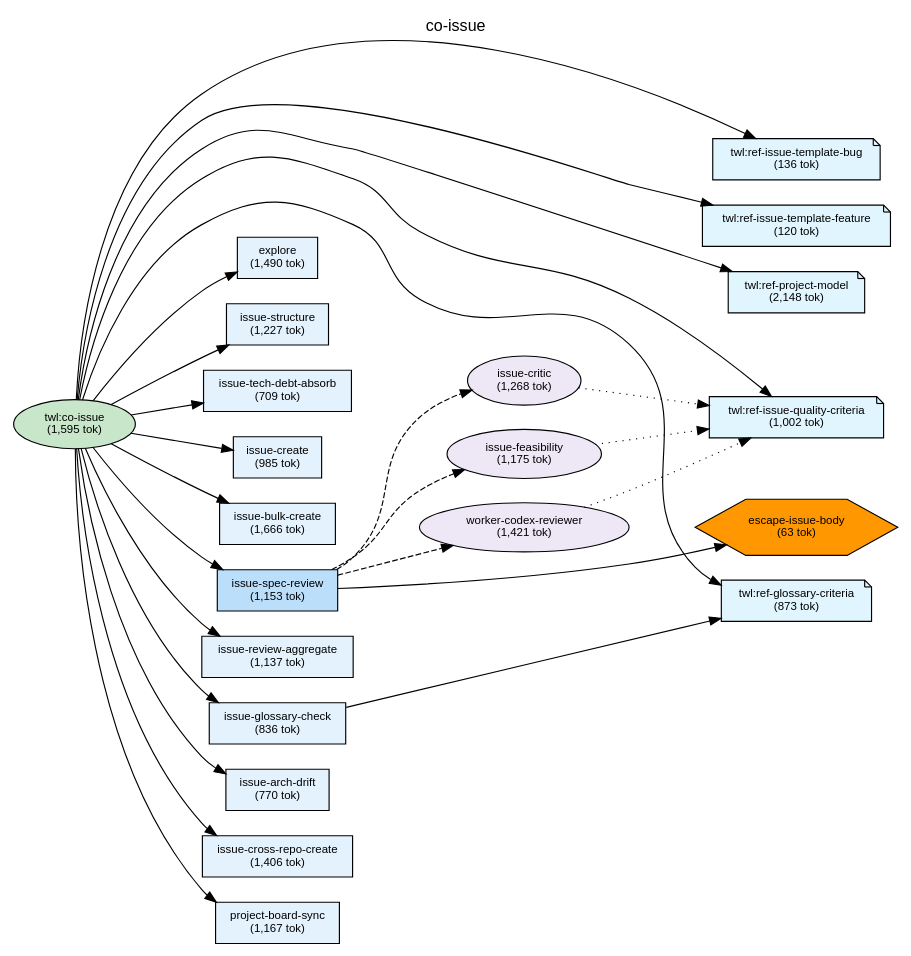
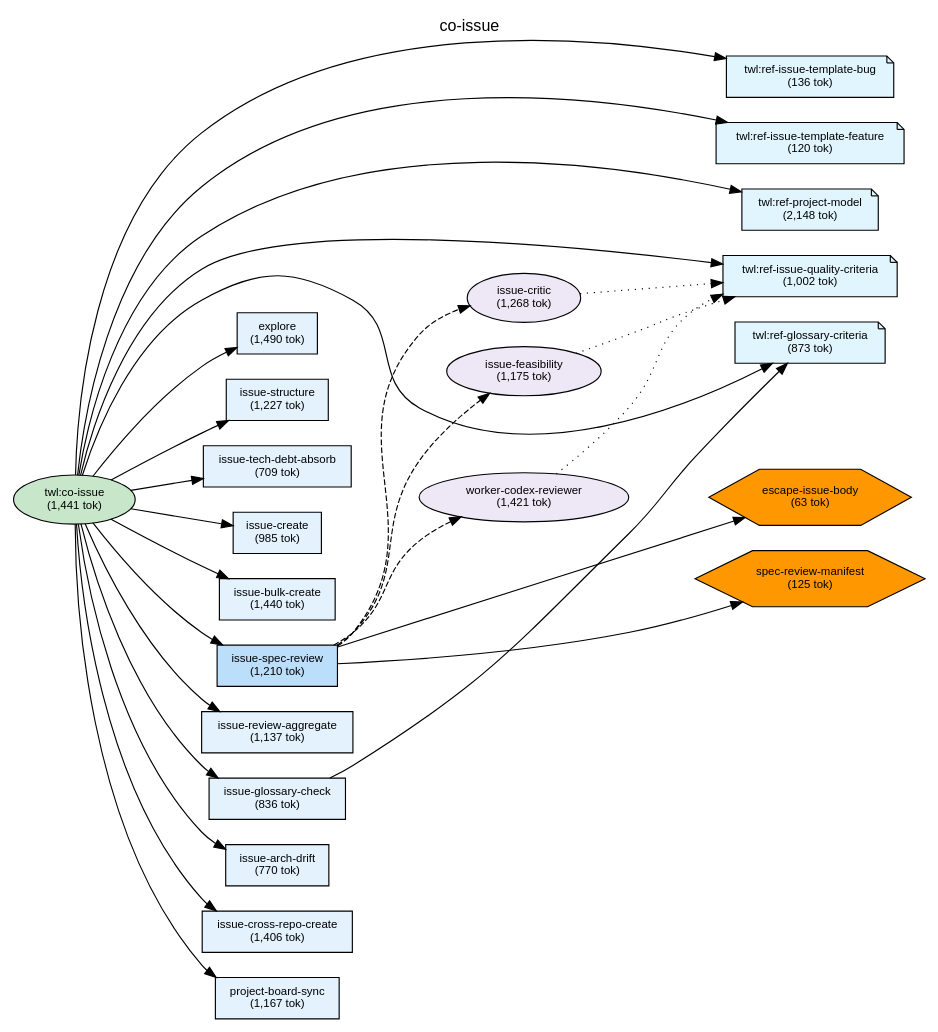
One commit to shuu5/twill changed the diagram in plugins/twl/docs/deps-co-issue.dot. Above: the diagram before and after it, drawn with Graphviz. The commit also changed 29 other files, not shown here.

```diff
--- a/plugins/twl/docs/deps-co-issue.dot
+++ b/plugins/twl/docs/deps-co-issue.dot
@@ -1,105 +1,108 @@
 digraph Dependencies {
     // Graph settings
     rankdir=LR;
     ranksep=0.8;
     nodesep=0.3;
     fontname="Helvetica";
     node [fontname="Helvetica", fontsize=10];
     edge [fontname="Helvetica", fontsize=9];
     label="co-issue";
     labelloc=t;
     fontsize=14;
 
     // L0: Controller Skills
-    skill_co_issue [label="twl:co-issue\n(1,595 tok)", shape=ellipse, style=filled, fillcolor="#c8e6c9"];
+    skill_co_issue [label="twl:co-issue\n(1,441 tok)", shape=ellipse, style=filled, fillcolor="#c8e6c9"];
 
     // L0: Launchers
 
     // L0.5: Workflow Skills
 
     // Reference Skills
     skill_ref_issue_template_bug [label="twl:ref-issue-template-bug\n(136 tok)", shape=note, style=filled, fillcolor="#e1f5fe"];
     skill_ref_issue_template_feature [label="twl:ref-issue-template-feature\n(120 tok)", shape=note, style=filled, fillcolor="#e1f5fe"];
     skill_ref_project_model [label="twl:ref-project-model\n(2,148 tok)", shape=note, style=filled, fillcolor="#e1f5fe"];
     skill_ref_issue_quality_criteria [label="twl:ref-issue-quality-criteria\n(1,002 tok)", shape=note, style=filled, fillcolor="#e1f5fe"];
     skill_ref_glossary_criteria [label="twl:ref-glossary-criteria\n(873 tok)", shape=note, style=filled, fillcolor="#e1f5fe"];
 
     // L1: Direct Commands
     cmd_issue_structure [label="issue-structure\n(1,227 tok)", shape=box, style=filled, fillcolor="#e3f2fd"];
     cmd_issue_create [label="issue-create\n(985 tok)", shape=box, style=filled, fillcolor="#e3f2fd"];
-    cmd_issue_bulk_create [label="issue-bulk-create\n(1,666 tok)", shape=box, style=filled, fillcolor="#e3f2fd"];
+    cmd_issue_bulk_create [label="issue-bulk-create\n(1,440 tok)", shape=box, style=filled, fillcolor="#e3f2fd"];
     cmd_issue_tech_debt_absorb [label="issue-tech-debt-absorb\n(709 tok)", shape=box, style=filled, fillcolor="#e3f2fd"];
-    cmd_issue_spec_review [label="issue-spec-review\n(1,153 tok)", shape=box, style=filled, fillcolor="#bbdefb"];
+    cmd_issue_spec_review [label="issue-spec-review\n(1,210 tok)", shape=box, style=filled, fillcolor="#bbdefb"];
     cmd_issue_review_aggregate [label="issue-review-aggregate\n(1,137 tok)", shape=box, style=filled, fillcolor="#e3f2fd"];
     cmd_issue_glossary_check [label="issue-glossary-check\n(836 tok)", shape=box, style=filled, fillcolor="#e3f2fd"];
     cmd_issue_arch_drift [label="issue-arch-drift\n(770 tok)", shape=box, style=filled, fillcolor="#e3f2fd"];
     cmd_issue_cross_repo_create [label="issue-cross-repo-create\n(1,406 tok)", shape=box, style=filled, fillcolor="#e3f2fd"];
     cmd_project_board_sync [label="project-board-sync\n(1,167 tok)", shape=box, style=filled, fillcolor="#e3f2fd"];
     cmd_explore [label="explore\n(1,490 tok)", shape=box, style=filled, fillcolor="#e3f2fd"];
 
     // L2: Sub Commands
 
     // L3: Agents
     agent_issue_critic [label="issue-critic\n(1,268 tok)", shape=ellipse, style=filled, fillcolor="#ede7f6"];
     agent_issue_feasibility [label="issue-feasibility\n(1,175 tok)", shape=ellipse, style=filled, fillcolor="#ede7f6"];
     agent_worker_codex_reviewer [label="worker-codex-reviewer\n(1,421 tok)", shape=ellipse, style=filled, fillcolor="#ede7f6"];
 
     // L3.5: Scripts
     script_escape_issue_body [label="escape-issue-body\n(63 tok)", shape=hexagon, style=filled, fillcolor="#FF9800"];
+    script_spec_review_manifest [label="spec-review-manifest\n(125 tok)", shape=hexagon, style=filled, fillcolor="#FF9800"];
 
     // L4: External
 
     // Layer constraints
     { rank=same; skill_co_issue; }
     { rank=same; skill_ref_issue_template_bug; skill_ref_issue_template_feature; skill_ref_project_model; skill_ref_issue_quality_criteria; skill_ref_glossary_criteria; }
     { rank=same; cmd_issue_structure; cmd_issue_create; cmd_issue_bulk_create; cmd_issue_tech_debt_absorb; cmd_issue_spec_review; cmd_issue_review_aggregate; cmd_issue_glossary_check; cmd_issue_arch_drift; cmd_issue_cross_repo_create; cmd_project_board_sync; cmd_explore; }
     { rank=same; agent_issue_critic; agent_issue_feasibility; agent_worker_codex_reviewer; }
-    { rank=same; script_escape_issue_body; }
+    { rank=same; script_escape_issue_body; script_spec_review_manifest; }
 
     // Edges
     skill_co_issue -> cmd_explore;
     skill_co_issue -> cmd_issue_structure;
     skill_co_issue -> cmd_issue_tech_debt_absorb;
     skill_co_issue -> cmd_issue_create;
     skill_co_issue -> cmd_issue_bulk_create;
     skill_co_issue -> cmd_issue_spec_review;
     skill_co_issue -> cmd_issue_review_aggregate;
     skill_co_issue -> cmd_issue_glossary_check;
     skill_co_issue -> cmd_issue_arch_drift;
     skill_co_issue -> cmd_issue_cross_repo_create;
     skill_co_issue -> cmd_project_board_sync;
     skill_co_issue -> skill_ref_issue_template_bug;
     skill_co_issue -> skill_ref_issue_template_feature;
     skill_co_issue -> skill_ref_project_model;
     skill_co_issue -> skill_ref_issue_quality_criteria;
     skill_co_issue -> skill_ref_glossary_criteria;
     cmd_issue_spec_review -> agent_issue_critic [style=dashed];
     cmd_issue_spec_review -> agent_issue_feasibility [style=dashed];
     cmd_issue_spec_review -> agent_worker_codex_reviewer [style=dashed];
     cmd_issue_spec_review -> script_escape_issue_body;
+    cmd_issue_spec_review -> script_spec_review_manifest;
     cmd_issue_glossary_check -> skill_ref_glossary_criteria;
     agent_issue_critic -> skill_ref_issue_quality_criteria [style=dotted];
     agent_issue_feasibility -> skill_ref_issue_quality_criteria [style=dotted];
     agent_worker_codex_reviewer -> skill_ref_issue_quality_criteria [style=dotted];
 
     // Ordering constraints (invisible edges)
     cmd_explore -> cmd_issue_structure [style=invis, weight=10];
     cmd_issue_structure -> cmd_issue_tech_debt_absorb [style=invis, weight=10];
     cmd_issue_tech_debt_absorb -> cmd_issue_create [style=invis, weight=10];
     cmd_issue_create -> cmd_issue_bulk_create [style=invis, weight=10];
     cmd_issue_bulk_create -> cmd_issue_spec_review [style=invis, weight=10];
     cmd_issue_spec_review -> cmd_issue_review_aggregate [style=invis, weight=10];
     cmd_issue_review_aggregate -> cmd_issue_glossary_check [style=invis, weight=10];
     cmd_issue_glossary_check -> cmd_issue_arch_drift [style=invis, weight=10];
     cmd_issue_arch_drift -> cmd_issue_cross_repo_create [style=invis, weight=10];
     cmd_issue_cross_repo_create -> cmd_project_board_sync [style=invis, weight=10];
     cmd_project_board_sync -> skill_ref_issue_template_bug [style=invis, weight=10];
     skill_ref_issue_template_bug -> skill_ref_issue_template_feature [style=invis, weight=10];
     skill_ref_issue_template_feature -> skill_ref_project_model [style=invis, weight=10];
     skill_ref_project_model -> skill_ref_issue_quality_criteria [style=invis, weight=10];
     skill_ref_issue_quality_criteria -> skill_ref_glossary_criteria [style=invis, weight=10];
     agent_issue_critic -> agent_issue_feasibility [style=invis, weight=10];
     agent_issue_feasibility -> agent_worker_codex_reviewer [style=invis, weight=10];
     agent_worker_codex_reviewer -> script_escape_issue_body [style=invis, weight=10];
+    script_escape_issue_body -> script_spec_review_manifest [style=invis, weight=10];
 
 }
```
